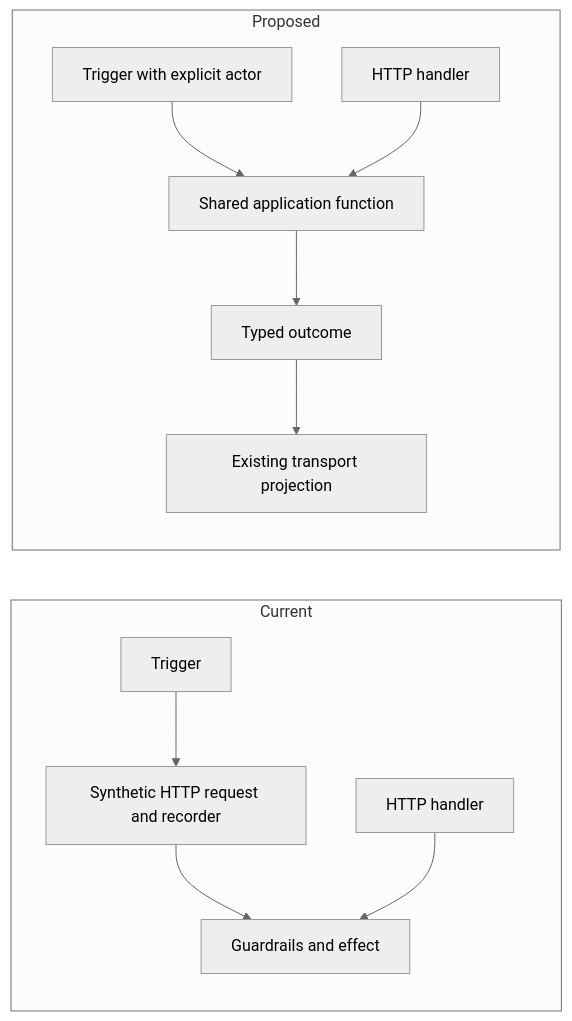
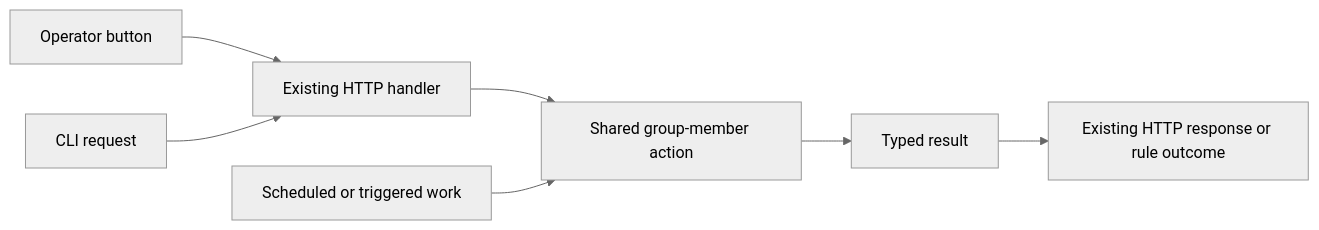
One commit to tofutools/tclaude changed the diagram in docs/v2-plan-and-ideas/interfaces.md. Above: the diagram before and after it, drawn with Mermaid (neutral theme). The commit also changed other lines of this file and 4 other files, not shown here.

Commit message:
docs: explain exploratory architecture through user actions

````diff
--- a/docs/v2-plan-and-ideas/interfaces.md
+++ b/docs/v2-plan-and-ideas/interfaces.md
@@ -27,14 +26,9 @@
 ```mermaid
 flowchart LR
-    subgraph Current
-        T[Trigger] --> F[Synthetic HTTP request and recorder]
-        F --> G[Guardrails and effect]
-        H[HTTP handler] --> G
-    end
-    subgraph Proposed
-        T2[Trigger with explicit actor] --> A[Shared application function]
-        H2[HTTP handler] --> A
-        A --> R[Typed outcome]
-        R --> P[Existing transport projection]
-    end
+    Button[Operator button] --> HTTP[Existing HTTP handler]
+    CLI[CLI request] --> HTTP
+    HTTP --> Action[Shared group-member action]
+    Rule[Scheduled or triggered work] --> Action
+    Action --> Result[Typed result]
+    Result --> Response[Existing HTTP response or rule outcome]
 ```
````
